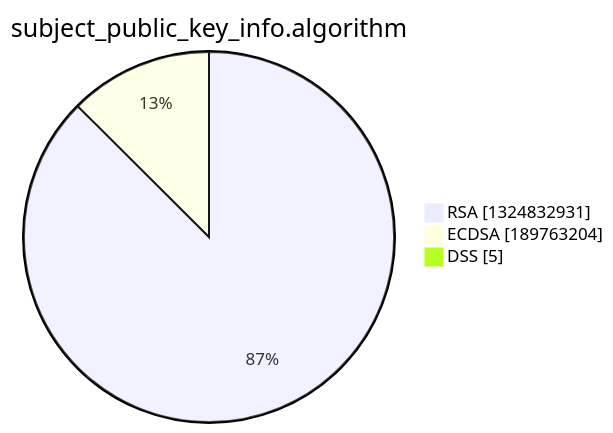
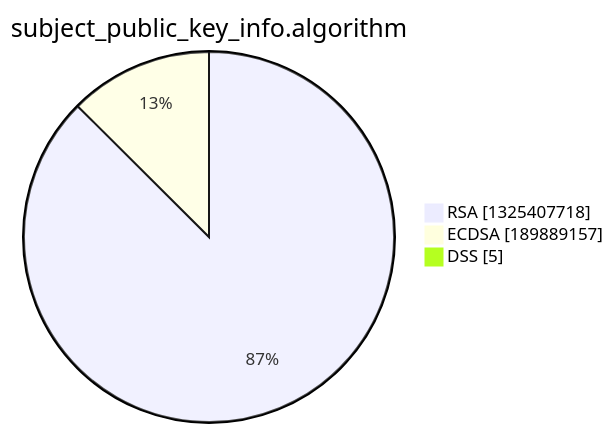
The third of 15 diagrams in xenon2022/README.md (christiankrug/ctmonitor_visualization), drawn with Mermaid before and after one commit. The commit also changed other lines of this file, not shown here.

````diff
--- a/xenon2022/README.md
+++ b/xenon2022/README.md
@@ -14,7 +14,7 @@
 ```mermaid
 pie showData
 title subject_public_key_info.algorithm
-"RSA" :1324832931
-"ECDSA" :189763204
+"RSA" :1325407718
+"ECDSA" :189889157
 "DSS" :5
 ```
````
